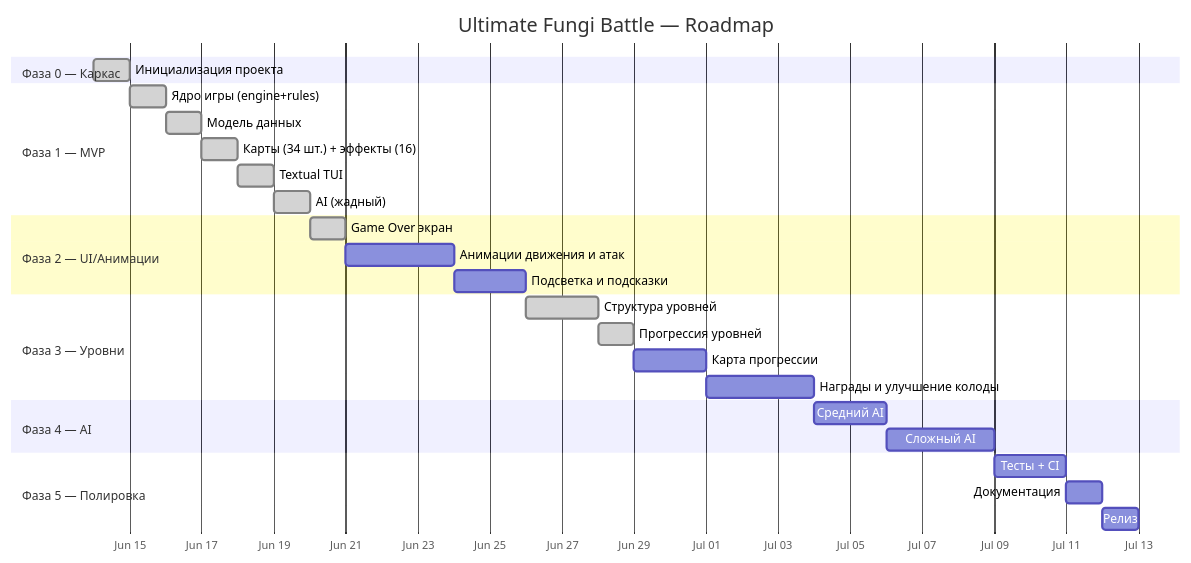
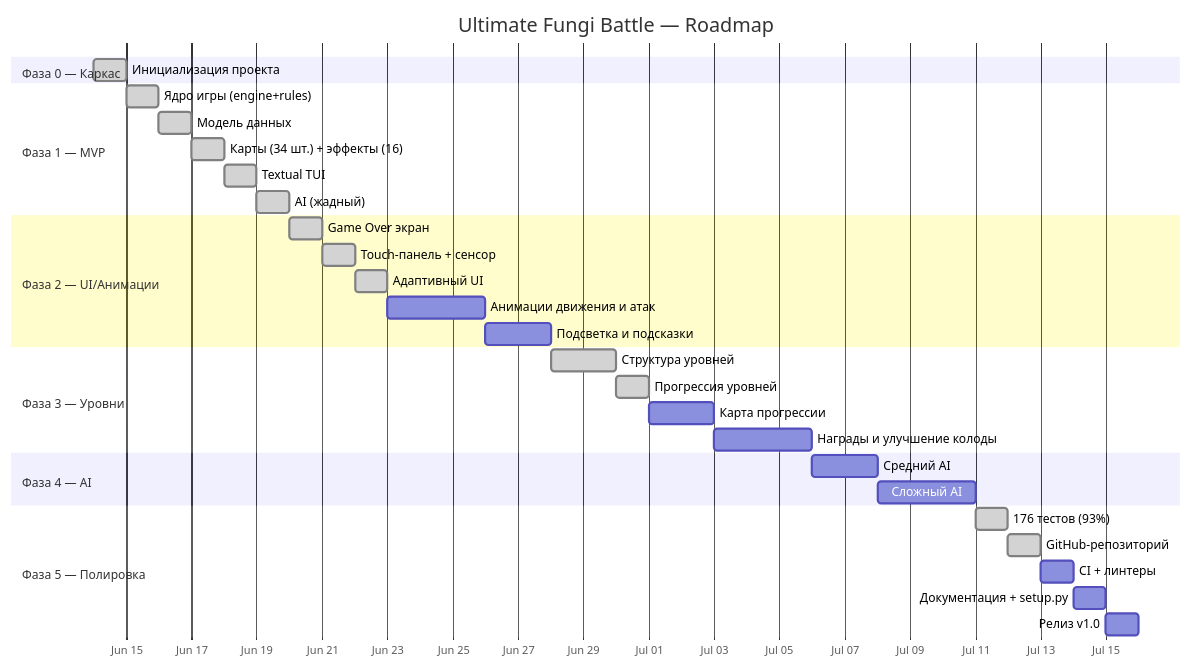
The diagram in plan.md (bori-sus/Ultimate-fungi-battle), drawn with Mermaid before and after one commit. The commit also changed other lines of this file and 1 other file, not shown here.

````diff
--- a/plan.md
+++ b/plan.md
@@ -344,36 +369,40 @@
 ```mermaid
 gantt
     title Ultimate Fungi Battle — Roadmap
     dateFormat  YYYY-MM-DD
     axisFormat  %b %d
     
     section Фаза 0 — Каркас
     Инициализация проекта          :done, 2026-06-14, 1d
     
     section Фаза 1 — MVP
     Ядро игры (engine+rules)       :done, 1d
     Модель данных                  :done, 1d
     Карты (34 шт.) + эффекты (16) :done, 1d
     Textual TUI                    :done, 1d
     AI (жадный)                    :done, 1d
     
     section Фаза 2 — UI/Анимации
     Game Over экран                :done, 1d
+    Touch-панель + сенсор          :done, 1d
+    Адаптивный UI                  :done, 1d
     Анимации движения и атак       :3d
     Подсветка и подсказки          :2d
     
     section Фаза 3 — Уровни
     Структура уровней              :done, 2d
     Прогрессия уровней             :done, 1d
     Карта прогрессии               :2d
     Награды и улучшение колоды     :3d
     
     section Фаза 4 — AI
     Средний AI                     :2d
     Сложный AI                     :3d
     
     section Фаза 5 — Полировка
-    Тесты + CI                     :2d
-    Документация                   :1d
-    Релиз                          :1d
+    176 тестов (93%)               :done, 1d
+    GitHub-репозиторий             :done, 1d
+    CI + линтеры                   :1d
+    Документация + setup.py        :1d
+    Релиз v1.0                     :1d
 ```
````
